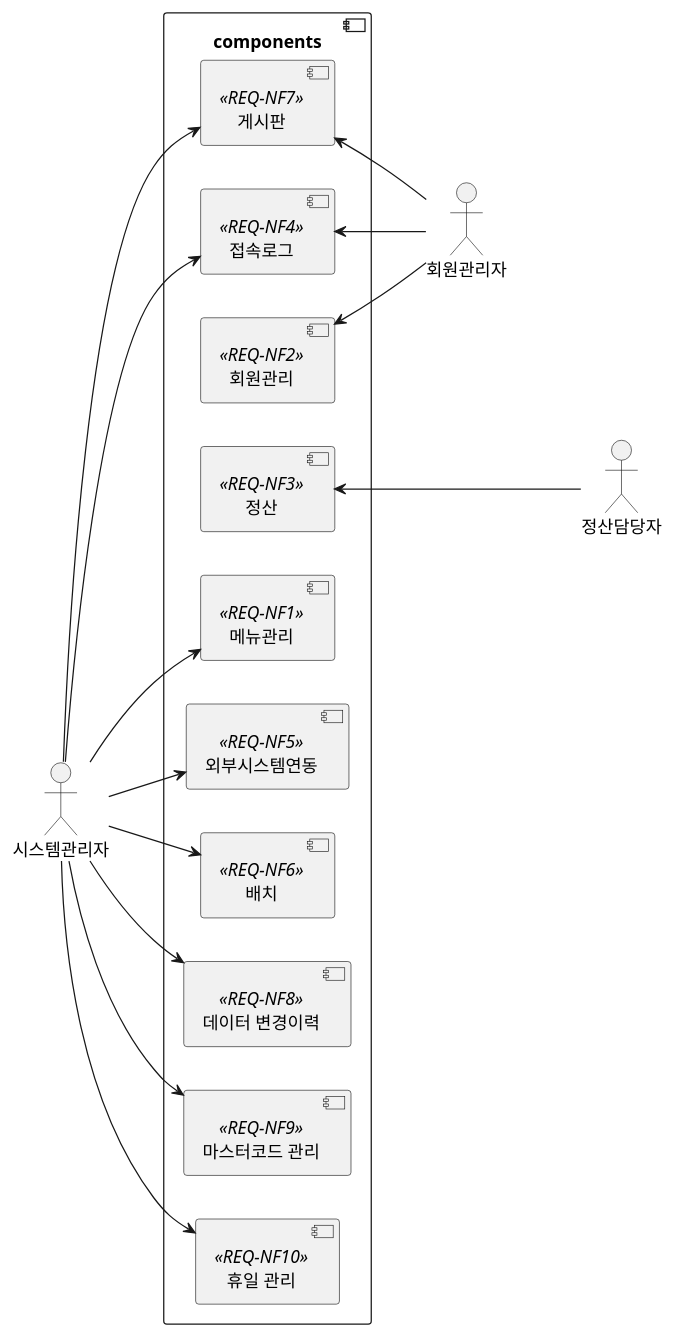
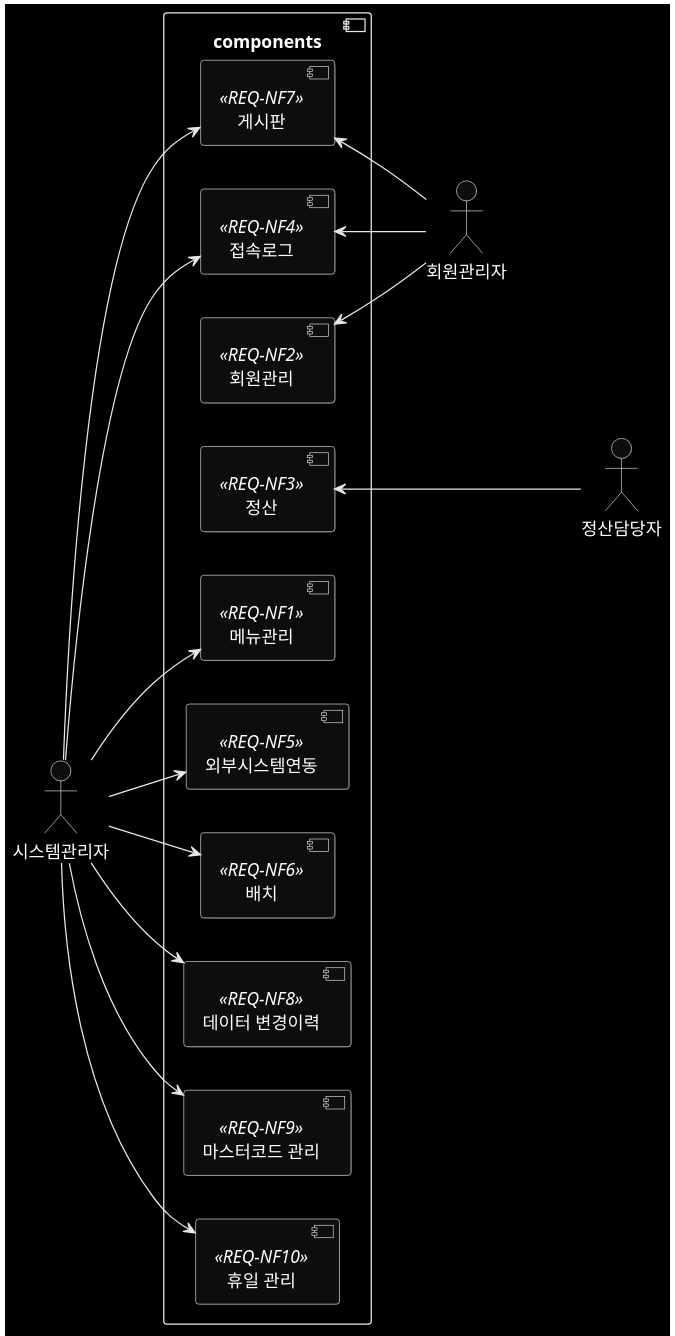
Before and after one commit to ohhoonim/lms: the sixth of 7 diagrams in README.md, drawn with PlantUML. The commit also changed other lines of this file and 30 other files, not shown here.

````diff
--- a/README.md
+++ b/README.md
@@ -136,33 +146,35 @@
 ```plantuml
 @startuml
+skinparam monochrome reverse
+skinparam shadowing true
 left to right direction
 component components {
     [메뉴관리] <<REQ-NF1>>
     [회원관리] <<REQ-NF2>>
     [정산] <<REQ-NF3>>
     [접속로그] <<REQ-NF4>>
     [외부시스템연동] <<REQ-NF5>>
     [배치] <<REQ-NF6>>
     [게시판] <<REQ-NF7>>
     [데이터 변경이력] <<REQ-NF8>>
     [마스터코드 관리] <<REQ-NF9>>
     [휴일 관리] <<REQ-NF10>>
 }
 
 :시스템관리자: --> [데이터 변경이력]
 :시스템관리자: --> [메뉴관리]
 :시스템관리자: --> [접속로그]
 :시스템관리자: --> [외부시스템연동]
 :시스템관리자: --> [배치]
 :시스템관리자: --> [게시판]
 :시스템관리자: --> [마스터코드 관리]
 :시스템관리자: --> [휴일 관리]
 
 :정산담당자: --up-> [정산]
 
 :회원관리자: -up-> [회원관리]
 :회원관리자: -up-> [접속로그]
 :회원관리자: -up-> [게시판]
 
 @enduml
 ```
````
